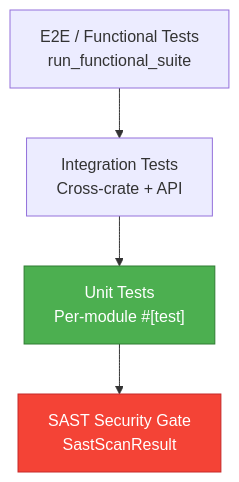
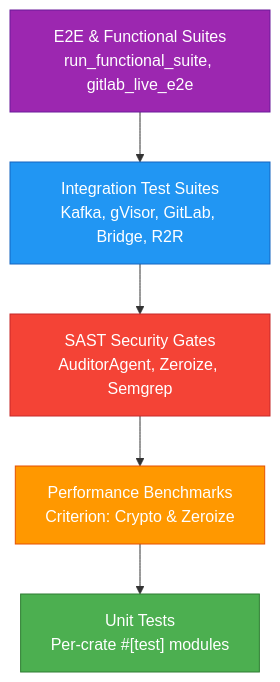
Before and after one commit to lgcorzo/rust_CACD_autonomous_factory: the diagram in wiki/Test_Plan_Report.md, drawn with Mermaid. The commit also changed other lines of this file and 17 other files, not shown here.

````diff
--- a/wiki/Test_Plan_Report.md
+++ b/wiki/Test_Plan_Report.md
@@ -9,14 +9,19 @@
 ```mermaid
 graph TB
-    E2E["E2E / Functional Tests<br/>run_functional_suite"]
-    INT["Integration Tests<br/>Cross-crate + API"]
-    UNIT["Unit Tests<br/>Per-module #[test]"]
-    SAST["SAST Security Gate<br/>SastScanResult"]
+    E2E["E2E & Functional Suites<br/>run_functional_suite, gitlab_live_e2e"]
+    INT["Integration Test Suites<br/>Kafka, gVisor, GitLab, Bridge, R2R"]
+    SAST["SAST Security Gates<br/>AuditorAgent, Zeroize, Semgrep"]
+    BENCH["Performance Benchmarks<br/>Criterion: Crypto & Zeroize"]
+    UNIT["Unit Tests<br/>Per-crate #[test] modules"]
 
     E2E --> INT
-    INT --> UNIT
-    UNIT --> SAST
+    INT --> SAST
+    SAST --> BENCH
+    BENCH --> UNIT
 
+    style E2E fill:#9C27B0,stroke:#6A1B9A,color:#fff
+    style INT fill:#2196F3,stroke:#1565C0,color:#fff
+    style SAST fill:#f44336,stroke:#c62828,color:#fff
+    style BENCH fill:#FF9800,stroke:#E65100,color:#fff
     style UNIT fill:#4CAF50,stroke:#2E7D32,color:#fff
-    style SAST fill:#f44336,stroke:#c62828,color:#fff
 ```
````
